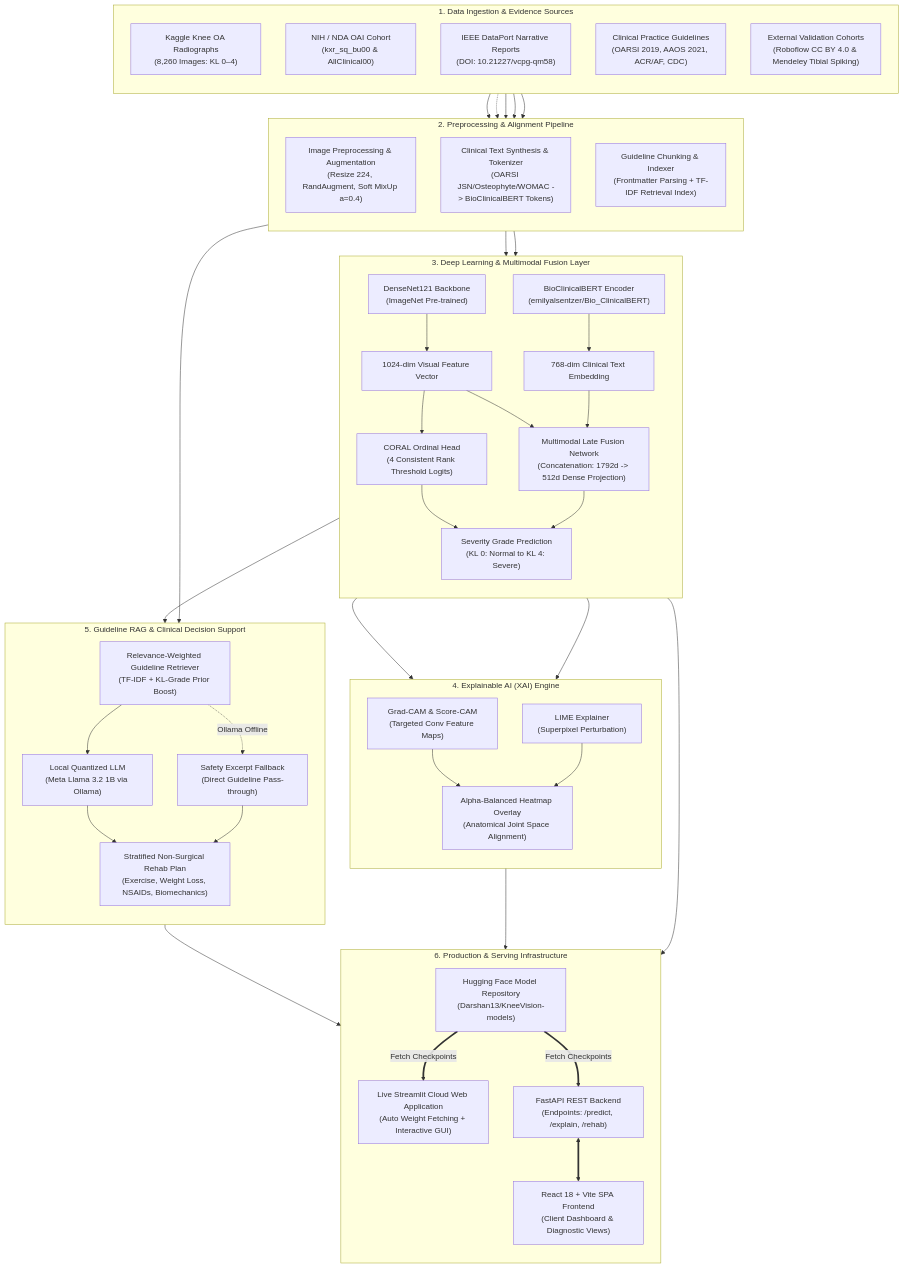
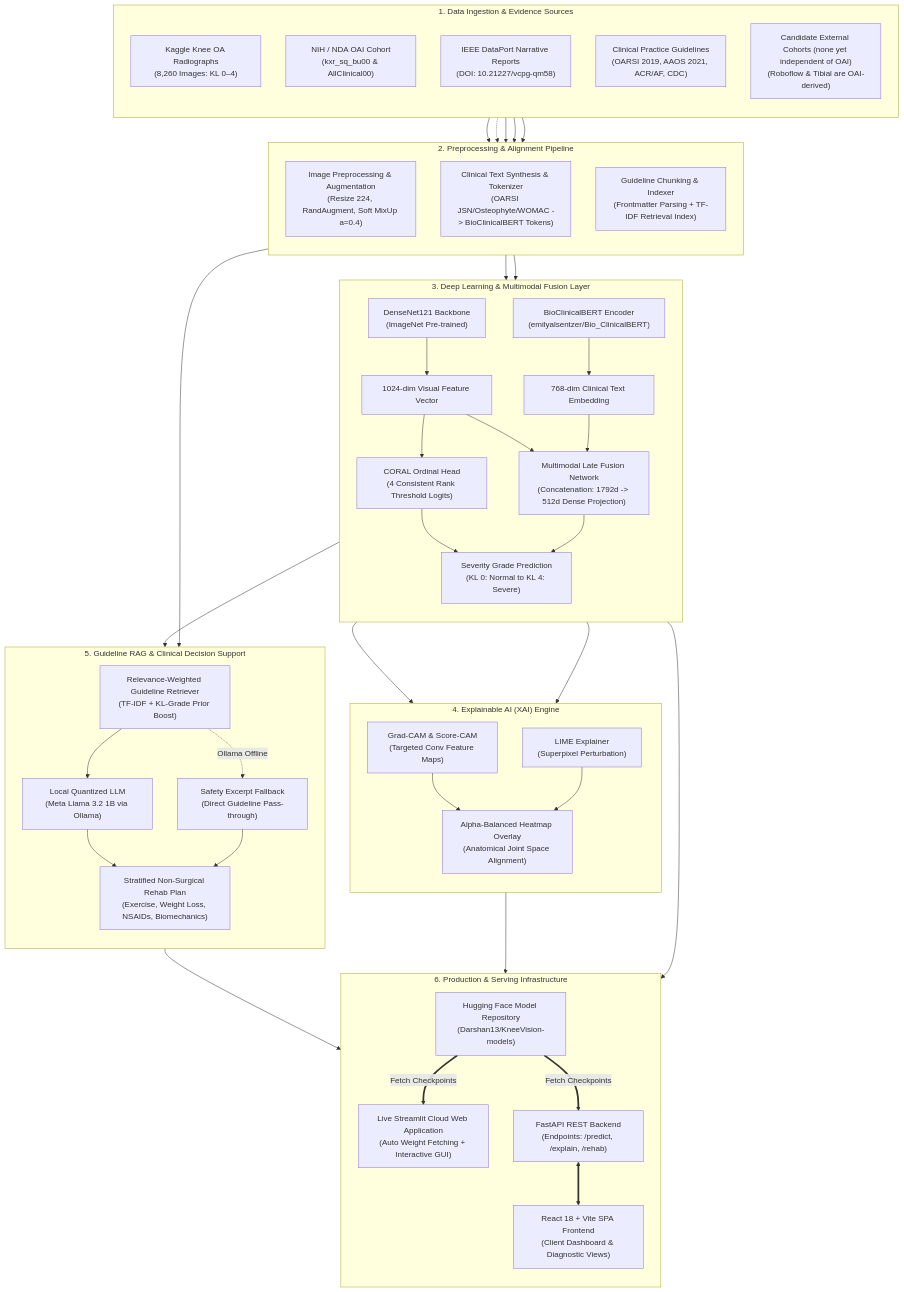
Before and after one commit to Darshan-T-P/KneeVision: the diagram in README.md, drawn with Mermaid. The commit also changed other lines of this file and 14 other files, not shown here.

```diff
--- a/README.md
+++ b/README.md
@@ -199,7 +207,7 @@
         DS_OAI["NIH / NDA OAI Cohort<br/>(kxr_sq_bu00 & AllClinical00)"]
         DS_Reports["IEEE DataPort Narrative Reports<br/>(DOI: 10.21227/vcpg-qm58)"]
         DS_Guidelines["Clinical Practice Guidelines<br/>(OARSI 2019, AAOS 2021, ACR/AF, CDC)"]
-        DS_Ext["External Validation Cohorts<br/>(Roboflow CC BY 4.0 & Mendeley Tibial Spiking)"]
+        DS_Ext["Candidate External Cohorts (none yet independent of OAI)<br/>(Roboflow & Tibial are OAI-derived)"]
     end
 
     %% Subgraph 2: Preprocessing & Alignment
```
